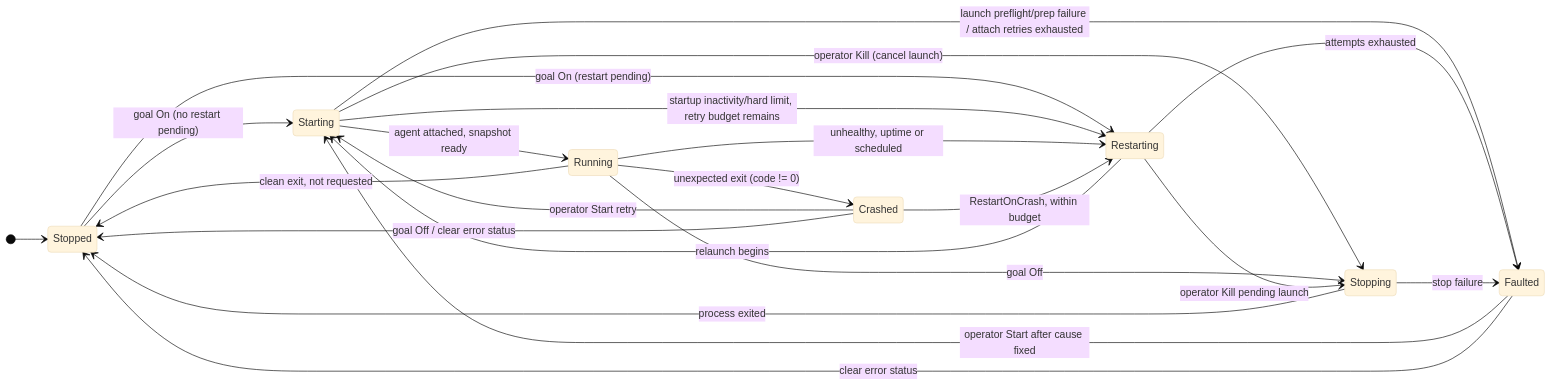
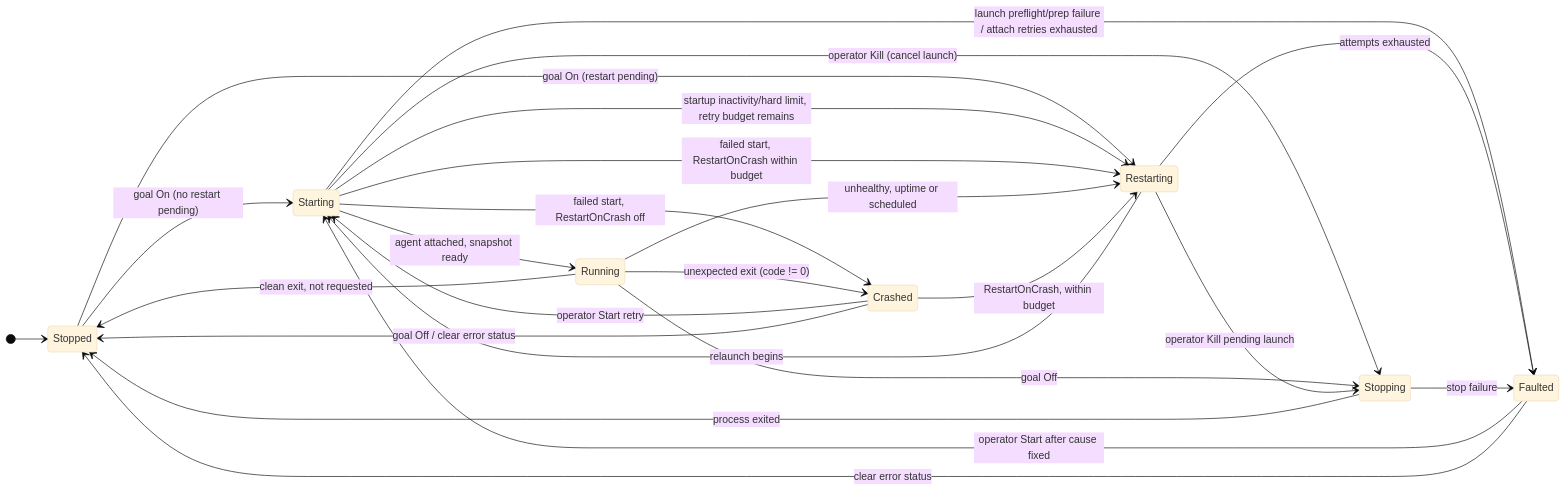
The second of 3 diagrams in Docs/StateMachines/DedicatedServerLifecycle.md (CometWorks/quasar), drawn with Mermaid (base theme) before and after one commit. The commit also changed other lines of this file and 10 other files, not shown here.

````diff
--- a/Docs/StateMachines/DedicatedServerLifecycle.md
+++ b/Docs/StateMachines/DedicatedServerLifecycle.md
@@ -85,25 +85,27 @@
 ```mermaid
 stateDiagram-v2
     direction LR
     [*] --> Stopped
     Stopped --> Starting: goal On (no restart pending)
     Stopped --> Restarting: goal On (restart pending)
     Starting --> Running: agent attached, snapshot ready
     Starting --> Restarting: startup inactivity/hard limit, retry budget remains
     Starting --> Stopping: operator Kill (cancel launch)
     Starting --> Faulted: launch preflight/prep failure / attach retries exhausted
+    Starting --> Restarting: failed start, RestartOnCrash within budget
+    Starting --> Crashed: failed start, RestartOnCrash off
     Running --> Stopping: goal Off
     Running --> Restarting: unhealthy, uptime or scheduled
     Running --> Crashed: unexpected exit (code != 0)
     Running --> Stopped: clean exit, not requested
     Restarting --> Starting: relaunch begins
     Restarting --> Stopping: operator Kill pending launch
     Restarting --> Faulted: attempts exhausted
     Stopping --> Stopped: process exited
     Stopping --> Faulted: stop failure
     Crashed --> Restarting: RestartOnCrash, within budget
     Crashed --> Starting: operator Start retry
     Crashed --> Stopped: goal Off / clear error status
     Faulted --> Starting: operator Start after cause fixed
     Faulted --> Stopped: clear error status
 ```
````
